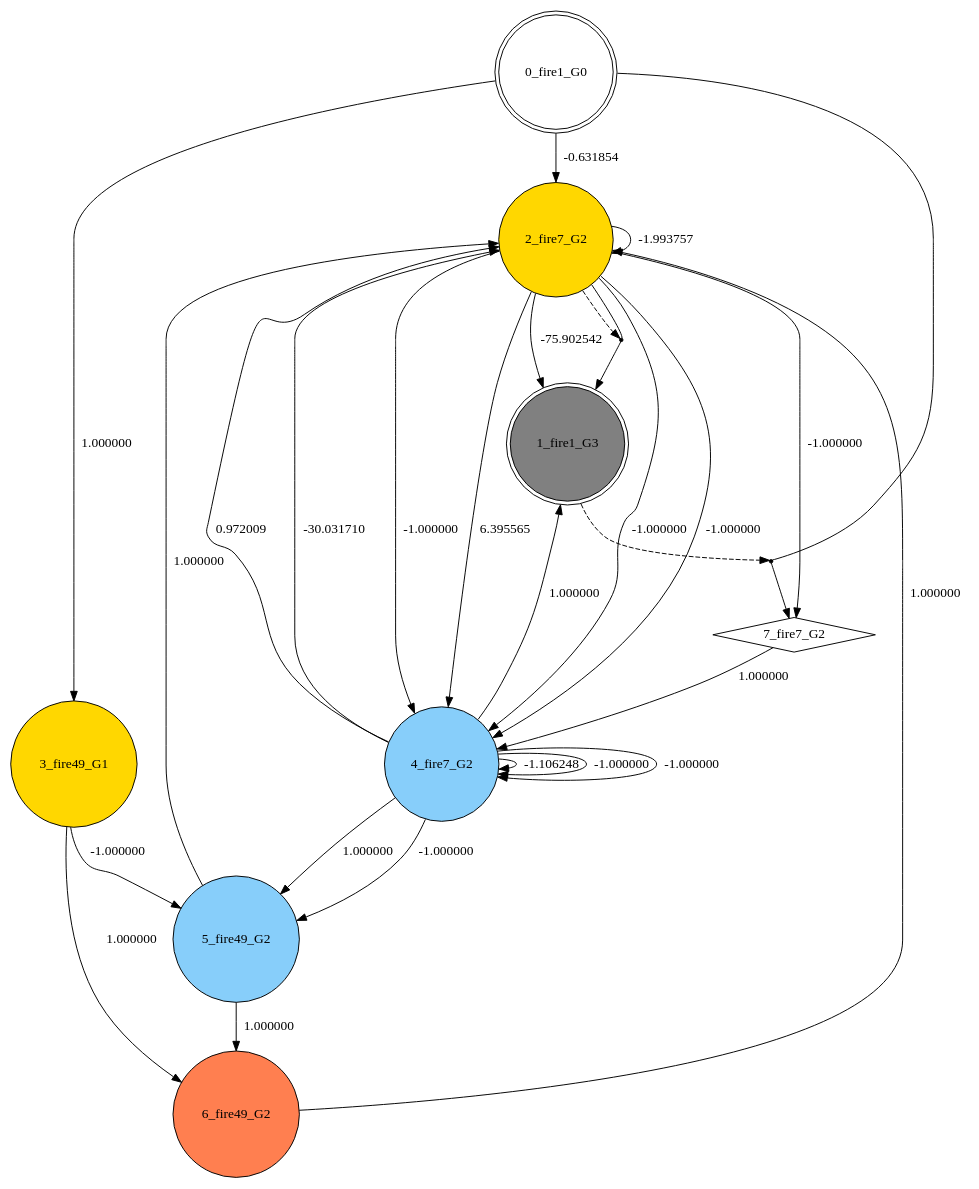
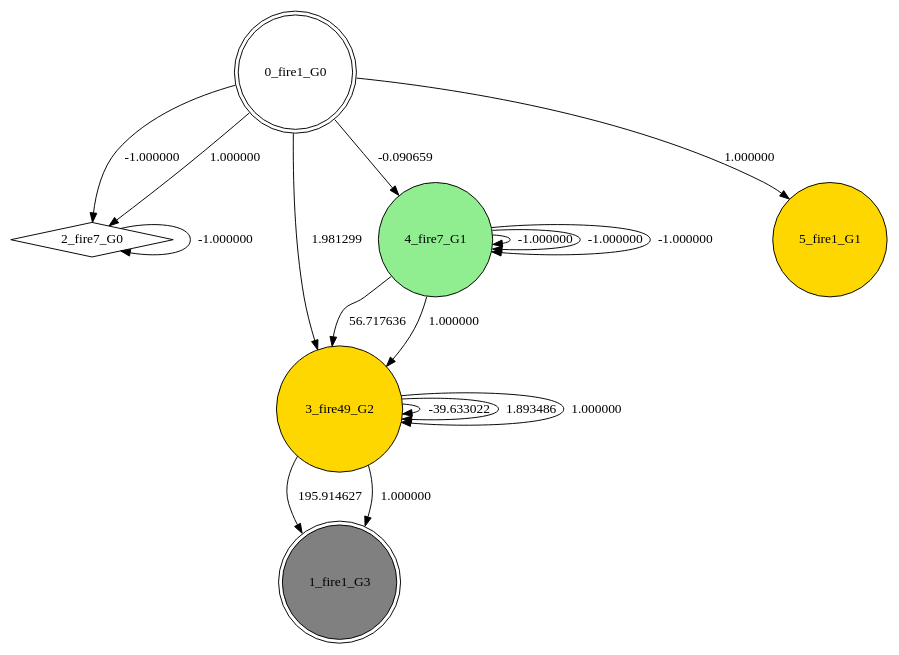
Before and after one commit to yi1306c12/suna_c: the diagram in best_individual.dot, drawn with Graphviz. The commit also changed 9 other files, not shown here.

```diff
--- a/best_individual.dot
+++ b/best_individual.dot
@@ -1,42 +1,25 @@
 digraph G {
  node[shape = circle]
 0 [label="0_fire1_G0",shape=doublecircle]
 1 [label="1_fire1_G3",shape=doublecircle, style=filled, fillcolor=gray]
-2 [label="2_fire7_G2",style=filled, fillcolor=gold]
-3 [label="3_fire49_G1",style=filled, fillcolor=gold]
-4 [label="4_fire7_G2",style=filled, fillcolor=lightskyblue]
-5 [label="5_fire49_G2",style=filled, fillcolor=lightskyblue]
-6 [label="6_fire49_G2",style=filled, fillcolor=coral]
-7 [label="7_fire7_G2",shape=diamond]
-4 -> 2 [label="-30.031710"]
-0 -> 2 [label="-0.631854"]
-2 -> 1 [label="-75.902542"]
-2 -> 4 [label="6.395565"]
-6 -> 2 [label="1.000000"]
-4 -> 4 [label="-1.106248"]
-4 -> 2 [label="0.972009"]
+2 [label="2_fire7_G0",shape=diamond]
+3 [label="3_fire49_G2",style=filled, fillcolor=gold]
+4 [label="4_fire7_G1",style=filled, fillcolor=lightgreen]
+5 [label="5_fire1_G1",style=filled, fillcolor=gold]
+0 -> 3 [label="1.981299"]
+3 -> 1 [label="195.914627"]
+3 -> 3 [label="-39.633022"]
 4 -> 4 [label="-1.000000"]
-4 -> 5 [label="1.000000"]
-2 -> 4 [label="-1.000000"]
+3 -> 3 [label="1.893486"]
+4 -> 3 [label="56.717636"]
+0 -> 4 [label="-0.090659"]
+0 -> 2 [label="-1.000000"]
 4 -> 4 [label="-1.000000"]
-10 [shape=point, label=""]
-2 -> 10 [style=dashed] 
-2 -> 10 [dir=none]
-10 -> 1 
-0 -> 3 [label="1.000000"]
-3 -> 5 [label="-1.000000"]
-5 -> 2 [label="1.000000"]
-2 -> 4 [label="-1.000000"]
-2 -> 4 [label="-1.000000"]
-2 -> 2 [label="-1.993757"]
-4 -> 5 [label="-1.000000"]
-4 -> 1 [label="1.000000"]
-5 -> 6 [label="1.000000"]
-3 -> 6 [label="1.000000"]
-11 [shape=point, label=""]
-1 -> 11 [style=dashed] 
-0 -> 11 [dir=none]
-11 -> 7 
-7 -> 4 [label="1.000000"]
-2 -> 7 [label="-1.000000"]
+0 -> 2 [label="1.000000"]
+4 -> 4 [label="-1.000000"]
+2 -> 2 [label="-1.000000"]
+4 -> 3 [label="1.000000"]
+3 -> 1 [label="1.000000"]
+3 -> 3 [label="1.000000"]
+0 -> 5 [label="1.000000"]
 }
```
